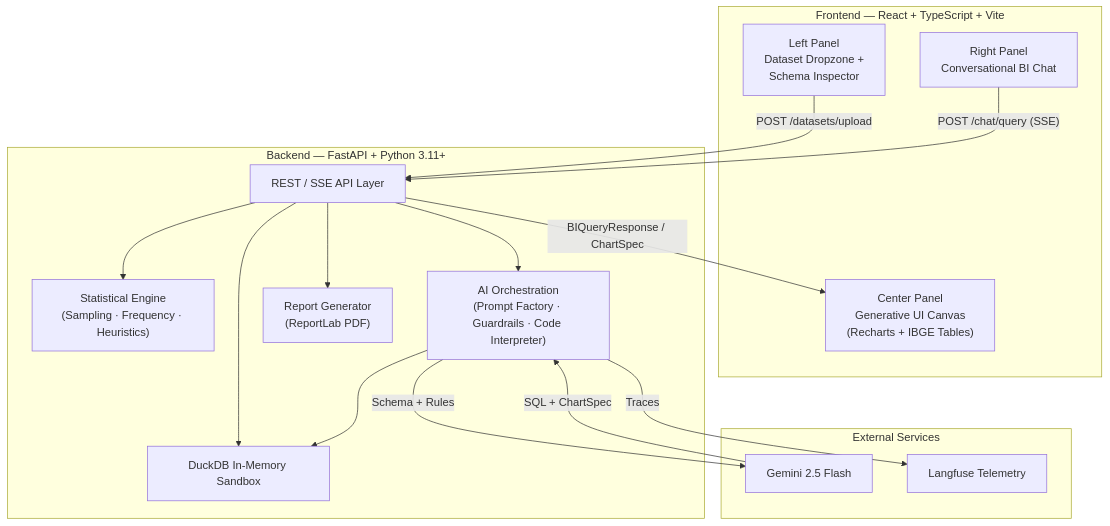
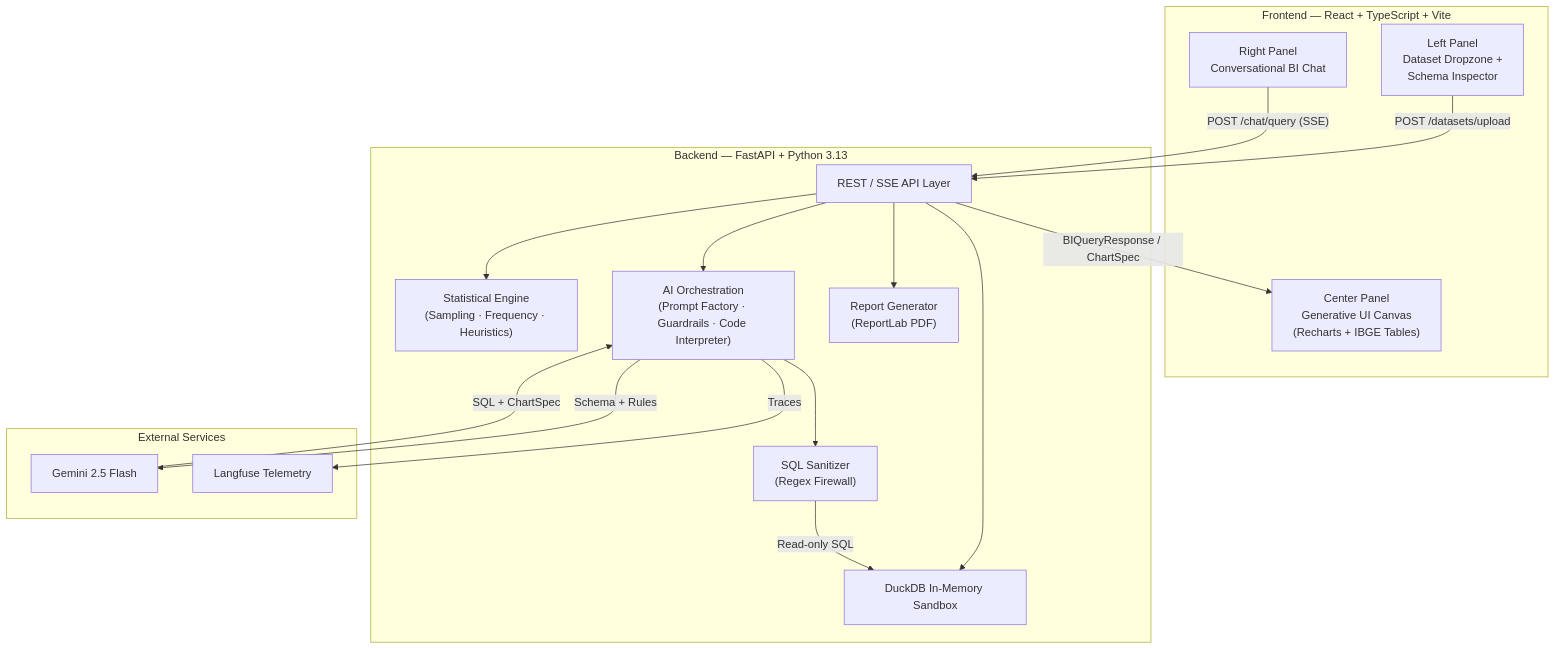
The first of 2 diagrams in README.md (Anders0nlima/DataMind-BI), drawn with Mermaid before and after one commit. The commit also changed other lines of this file and 2 other files, not shown here.

````diff
--- a/README.md
+++ b/README.md
@@ -11,33 +11,35 @@
 ```mermaid
 graph TB
     subgraph Frontend ["Frontend — React + TypeScript + Vite"]
         A["Left Panel<br/>Dataset Dropzone +<br/>Schema Inspector"]
         B["Center Panel<br/>Generative UI Canvas<br/>(Recharts + IBGE Tables)"]
         C["Right Panel<br/>Conversational BI Chat"]
     end
 
-    subgraph Backend ["Backend — FastAPI + Python 3.11+"]
+    subgraph Backend ["Backend — FastAPI + Python 3.13"]
         D["REST / SSE API Layer"]
         E["DuckDB In-Memory Sandbox"]
         F["Statistical Engine<br/>(Sampling · Frequency · Heuristics)"]
         G["AI Orchestration<br/>(Prompt Factory · Guardrails · Code Interpreter)"]
         H["Report Generator<br/>(ReportLab PDF)"]
+        K["SQL Sanitizer<br/>(Regex Firewall)"]
     end
 
     subgraph External ["External Services"]
         I["Gemini 2.5 Flash"]
         J["Langfuse Telemetry"]
     end
 
     A -- "POST /datasets/upload" --> D
     C -- "POST /chat/query (SSE)" --> D
     D --> E
     D --> F
     D --> G
     G -- "Schema + Rules" --> I
     I -- "SQL + ChartSpec" --> G
-    G --> E
+    G --> K
+    K -- "Read-only SQL" --> E
     D --> H
     G -- "Traces" --> J
     D -- "BIQueryResponse / ChartSpec" --> B
 ```
````
